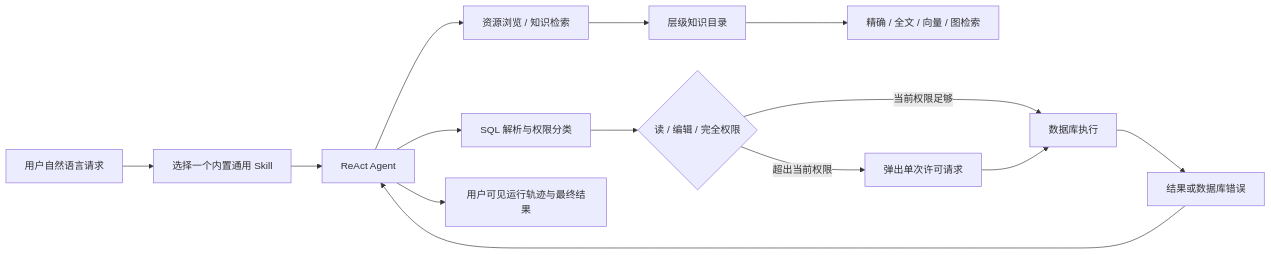
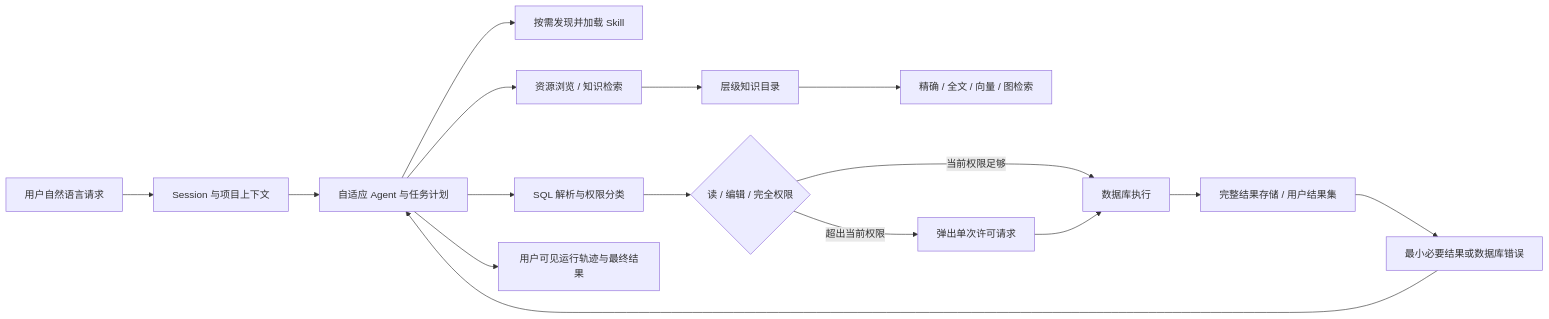
One commit to SylvanasW1ndrunner/Nexus changed the diagram in docs/ai-sql/README.md. Above: the diagram before and after it, drawn with Mermaid. The commit also changed other lines of this file and 251 other files, not shown here.

Commit message:
feat: publish audited SchemaNaut v0.1 alpha

````diff
--- a/docs/ai-sql/README.md
+++ b/docs/ai-sql/README.md
@@ -20,16 +20,18 @@
 ```mermaid
 flowchart LR
-    User["用户自然语言请求"] --> Skill["选择一个内置通用 Skill"]
-    Skill --> Agent["ReAct Agent"]
+    User["用户自然语言请求"] --> Session["Session 与项目上下文"]
+    Session --> Agent["自适应 Agent 与任务计划"]
+    Agent --> Skill["按需发现并加载 Skill"]
     Agent --> Browse["资源浏览 / 知识检索"]
     Browse --> Catalog["层级知识目录"]
     Catalog --> Index["精确 / 全文 / 向量 / 图检索"]
     Agent --> SQL["SQL 解析与权限分类"]
     SQL --> Permission{"读 / 编辑 / 完全权限"}
     Permission -->|当前权限足够| Execute["数据库执行"]
     Permission -->|超出当前权限| Approval["弹出单次许可请求"]
     Approval --> Execute
-    Execute --> Feedback["结果或数据库错误"]
+    Execute --> Store["完整结果存储 / 用户结果集"]
+    Store --> Feedback["最小必要结果或数据库错误"]
     Feedback --> Agent
     Agent --> Trace["用户可见运行轨迹与最终结果"]
 ```
````
